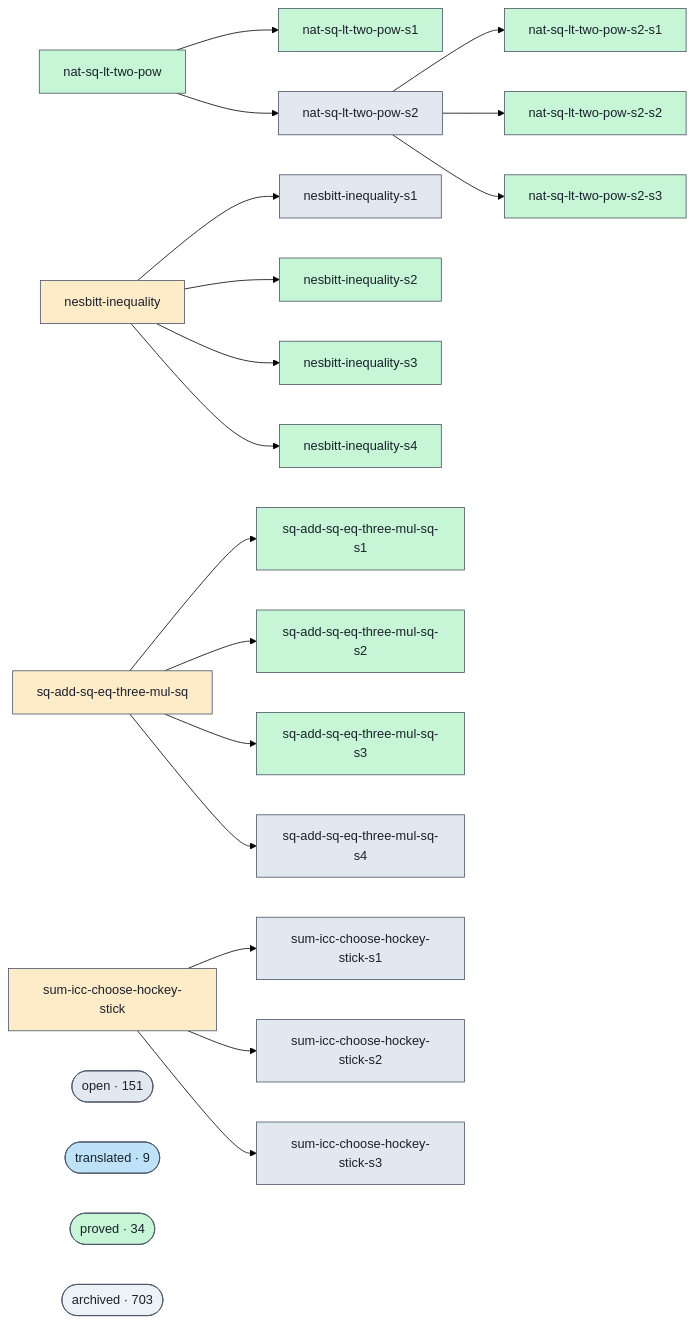
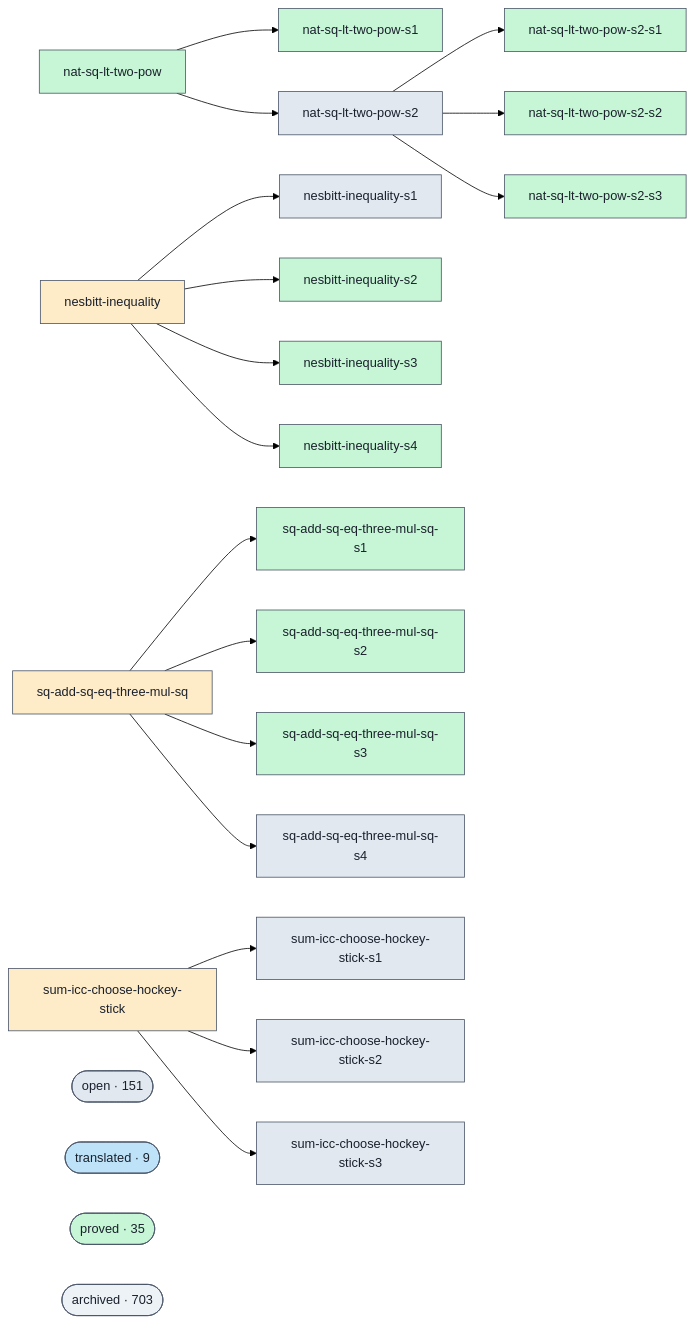
Before and after one commit to ohdearquant/unsorry: the diagram in docs/proofs-contributors-visualisation.md, drawn with Mermaid (forest theme). The commit also changed other lines of this file and 2 other files, not shown here.

```diff
--- a/docs/proofs-contributors-visualisation.md
+++ b/docs/proofs-contributors-visualisation.md
@@ -102,7 +102,7 @@
   class cluster_open open;
   cluster_translated(["translated · 9"])
   class cluster_translated translated;
-  cluster_proved(["proved · 34"])
+  cluster_proved(["proved · 35"])
   class cluster_proved proved;
   cluster_archived(["archived · 703"])
   class cluster_archived unknown;
```
